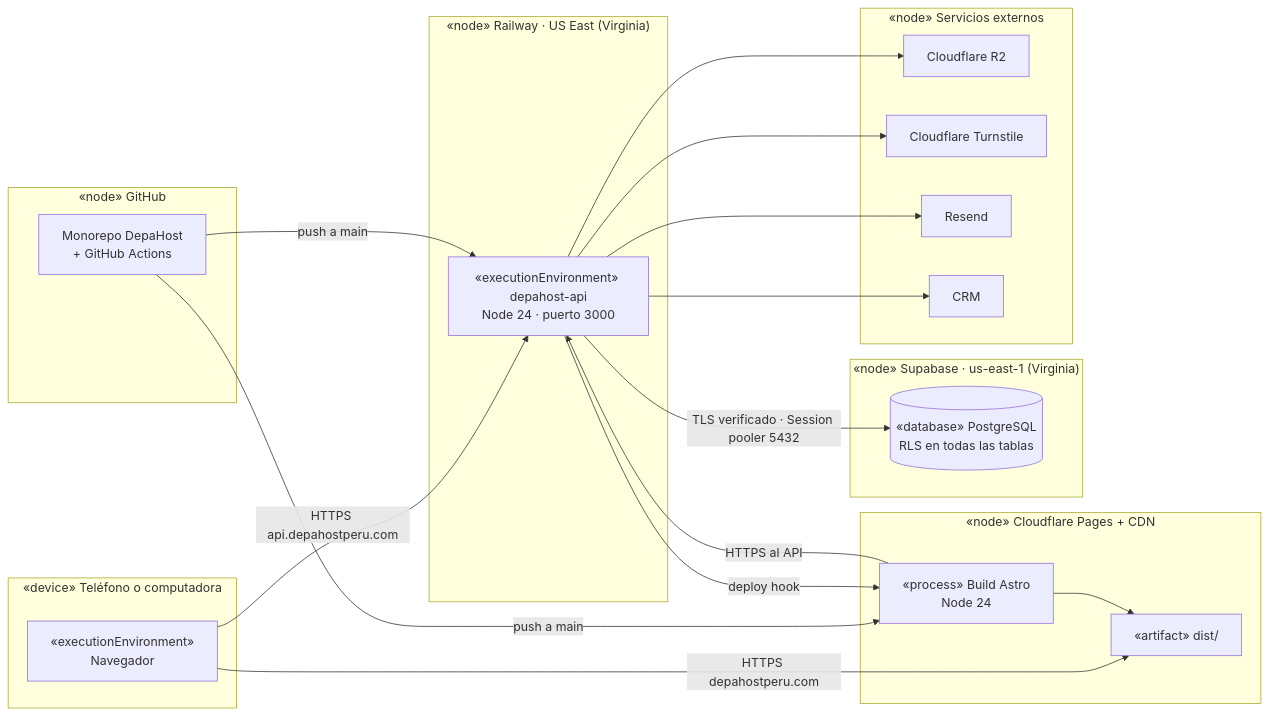
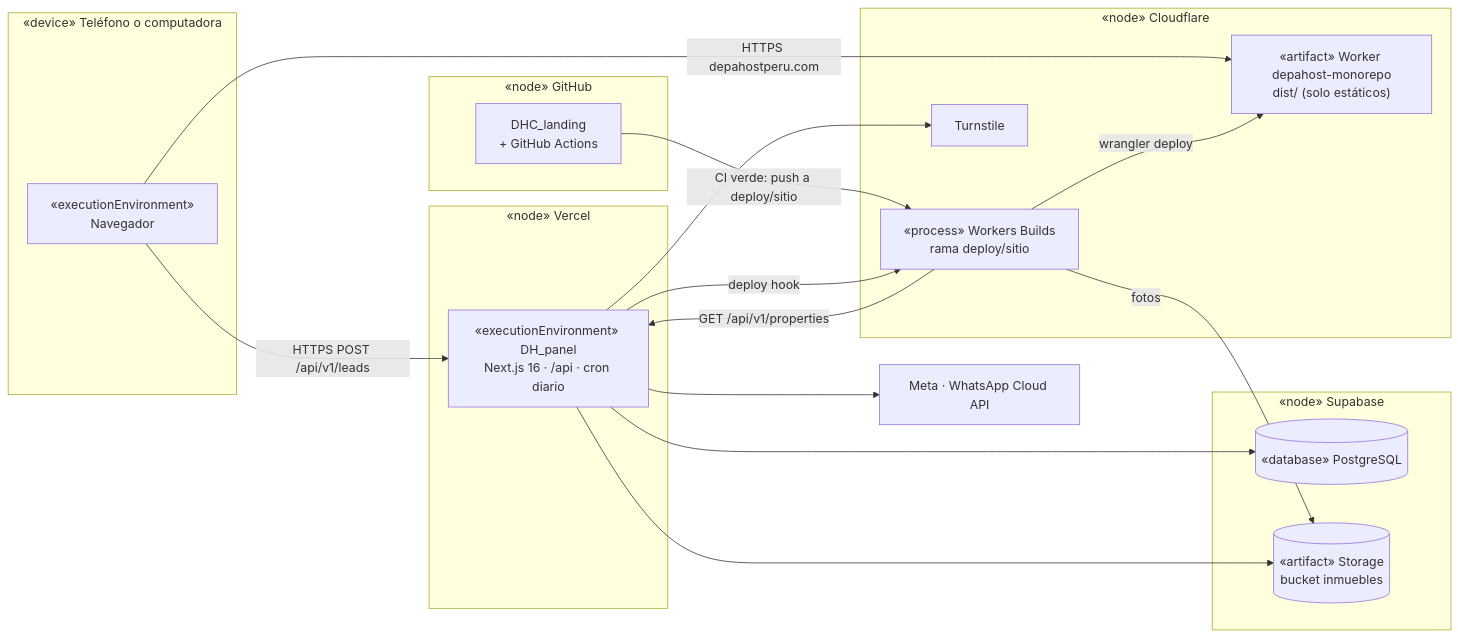
One commit to samirharrytl/DHC_landing changed the third of 4 diagrams in docs/plataforma/01-arquitectura.md. Above: the diagram before and after it, drawn with Mermaid. The commit also changed other lines of this file and 94 other files, not shown here.

````diff
--- a/docs/plataforma/01-arquitectura.md
+++ b/docs/plataforma/01-arquitectura.md
@@ -84,40 +78,38 @@
 ```mermaid
 flowchart LR
     subgraph Cliente["«device» Teléfono o computadora"]
         B["«executionEnvironment»<br/>Navegador"]
     end
 
-    subgraph CDN["«node» Cloudflare Pages + CDN"]
-        S["«artifact» dist/"]
-        CI1["«process» Build Astro<br/>Node 24"]
+    subgraph GH["«node» GitHub"]
+        G1["DHC_landing<br/>+ GitHub Actions"]
     end
 
-    subgraph Cloud["«node» Railway · US East (Virginia)"]
-        C["«executionEnvironment» depahost-api<br/>Node 24 · puerto 3000"]
+    subgraph CF["«node» Cloudflare"]
+        CI1["«process» Workers Builds<br/>rama deploy/sitio"]
+        S["«artifact» Worker depahost-monorepo<br/>dist/ (solo estáticos)"]
+        TS["Turnstile"]
     end
 
-    subgraph SB["«node» Supabase · us-east-1 (Virginia)"]
-        D[("«database» PostgreSQL<br/>RLS en todas las tablas")]
+    subgraph VC["«node» Vercel"]
+        P["«executionEnvironment» DH_panel<br/>Next.js 16 · /api · cron diario"]
     end
 
-    subgraph Ext["«node» Servicios externos"]
-        E1["Cloudflare R2"]
-        E2["Cloudflare Turnstile"]
-        E3["Resend"]
-        E4["CRM"]
+    subgraph SB["«node» Supabase"]
+        D[("«database» PostgreSQL")]
+        ST[("«artifact» Storage<br/>bucket inmuebles")]
     end
 
-    subgraph GH["«node» GitHub"]
-        G1["Monorepo DepaHost<br/>+ GitHub Actions"]
-    end
+    MW["Meta · WhatsApp Cloud API"]
 
     B -- "HTTPS depahostperu.com" --> S
-    B -- "HTTPS api.depahostperu.com" --> C
-    C -- "TLS verificado · Session pooler 5432" --> D
-    C --> E1 & E2 & E3 & E4
-    G1 -- "push a main" --> CI1
-    C -- "deploy hook" --> CI1
-    CI1 -- "HTTPS al API" --> C
-    CI1 --> S
-    G1 -- "push a main" --> C
+    B -- "HTTPS POST /api/v1/leads" --> P
+    G1 -- "CI verde: push a deploy/sitio" --> CI1
+    P -- "deploy hook" --> CI1
+    CI1 -- "GET /api/v1/properties" --> P
+    CI1 -- "fotos" --> ST
+    CI1 -- "wrangler deploy" --> S
+    P --> D & ST
+    P --> TS
+    P --> MW
 ```
````
